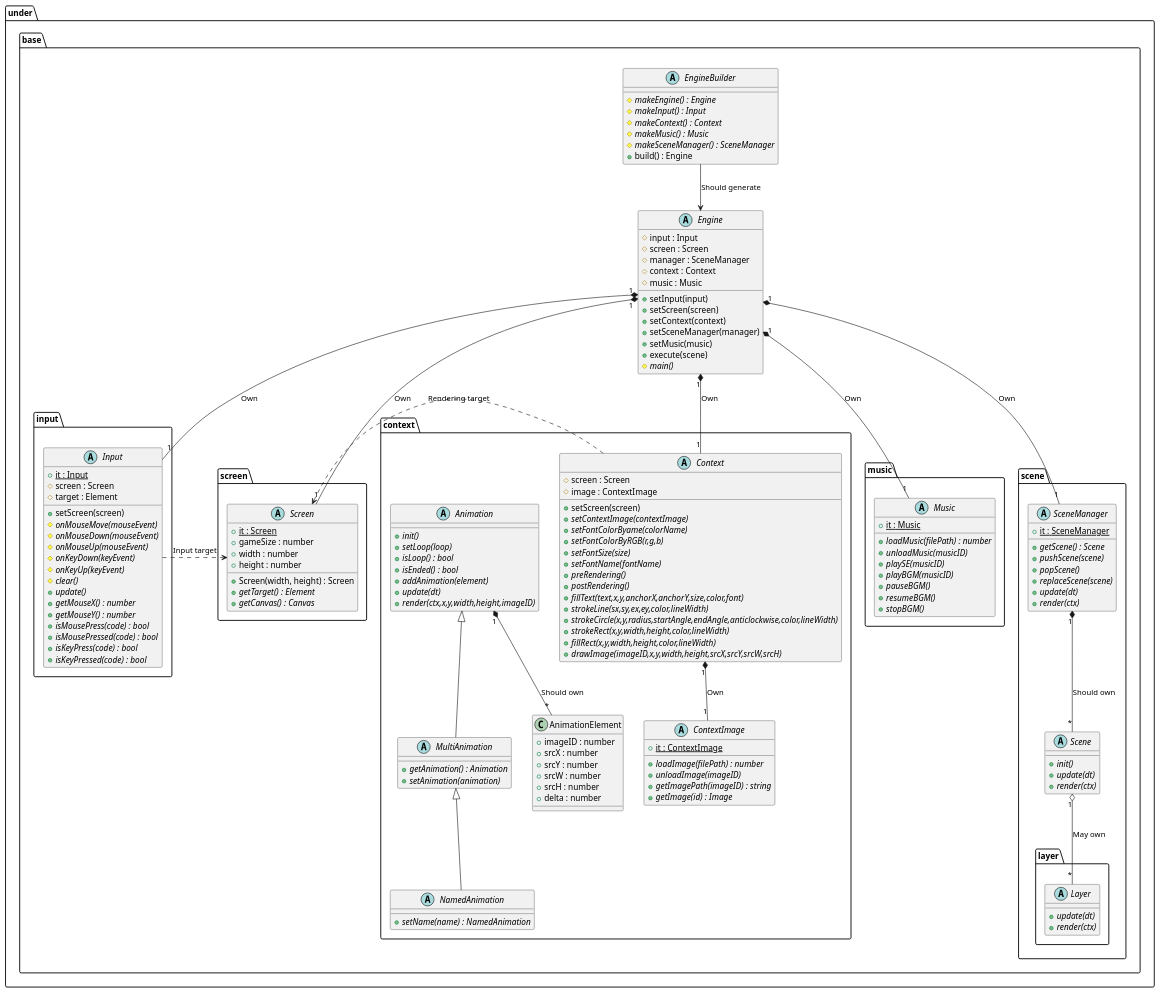
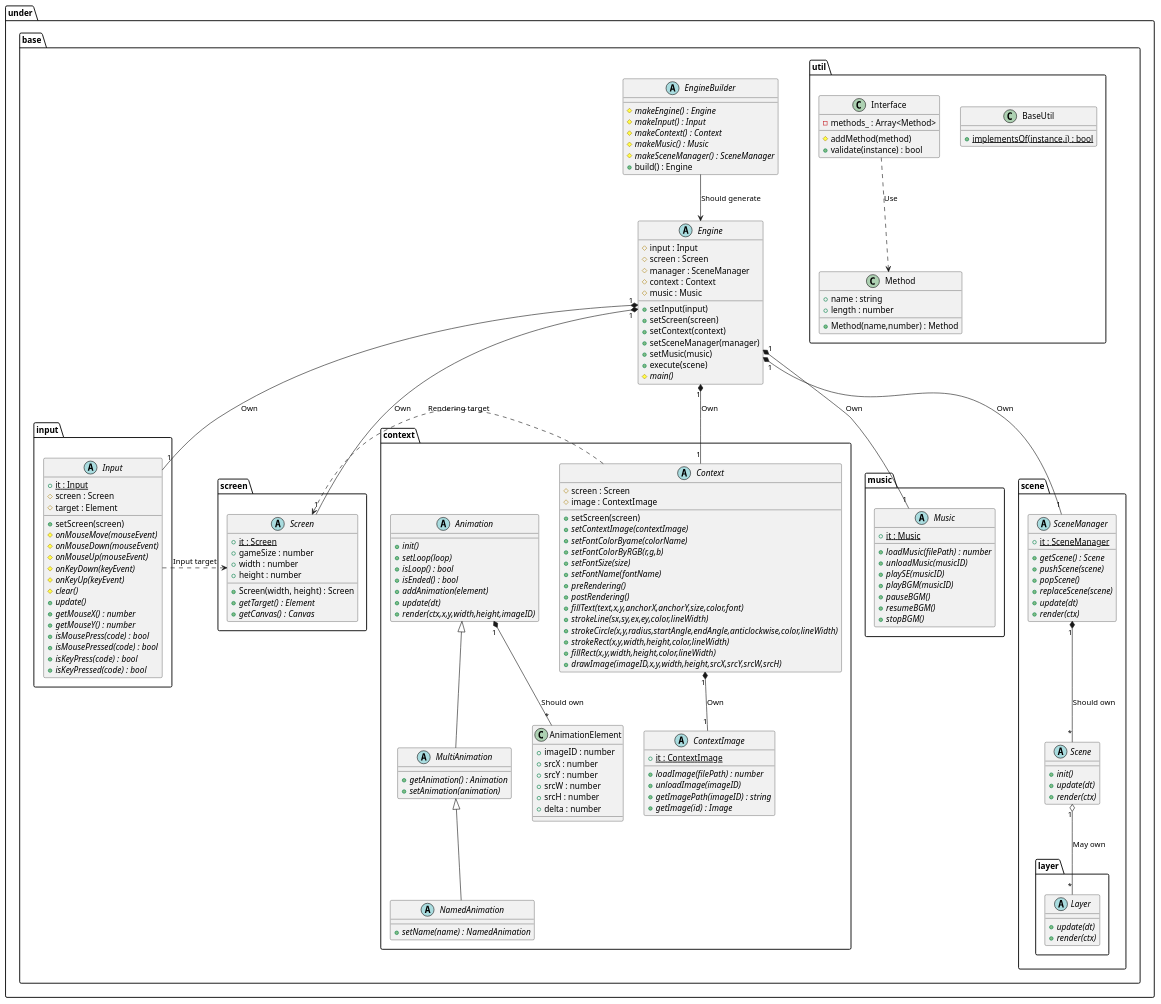
Before and after one commit to Expine/Under: the diagram in uml/gamebase/Base.wsd, drawn with PlantUML. The commit also changed 15 other files, not shown here.

```diff
--- a/uml/gamebase/Base.wsd
+++ b/uml/gamebase/Base.wsd
@@ -1,173 +1,191 @@
 @startuml GameBaseBase
 
 package under {
     package base {
         abstract EngineBuilder {
             {abstract} #makeEngine() : Engine
             {abstract} #makeInput() : Input
             {abstract} #makeContext() : Context
             {abstract} #makeMusic() : Music
             {abstract} #makeSceneManager() : SceneManager
             +build() : Engine
         }
         abstract Engine {
             #input : Input
             #screen : Screen
             #manager : SceneManager
             #context : Context
             #music : Music
             +setInput(input)
             +setScreen(screen)
             +setContext(context)
             +setSceneManager(manager)
             +setMusic(music)
             +execute(scene)
             {abstract} #main()
         }
 
         package input {
             abstract Input {
                 {static} +it : Input /' Singleton '/
                 #screen : Screen
                 #target : Element
                 +setScreen(screen)
                 {abstract} #onMouseMove(mouseEvent)
                 {abstract} #onMouseDown(mouseEvent)
                 {abstract} #onMouseUp(mouseEvent)
                 {abstract} #onKeyDown(keyEvent)
                 {abstract} #onKeyUp(keyEvent)
                 {abstract} #clear()
                 {abstract} +update()
                 {abstract} +getMouseX() : number
                 {abstract} +getMouseY() : number
                 {abstract} +isMousePress(code) : bool
                 {abstract} +isMousePressed(code) : bool
                 {abstract} +isKeyPress(code) : bool
                 {abstract} +isKeyPressed(code) : bool
             }
         }
 
         package screen {
             abstract Screen {
                 +Screen(width, height) : Screen
                 {static} +it : Screen /' Singleton '/
                 +gameSize : number
                 +width : number
                 +height : number
                 {abstract} +getTarget() : Element
                 {abstract} +getCanvas() : Canvas
             }
         }
 
         package music {
             abstract Music {
                 {static} +it : Music /' Singleton '/
                 {abstract} +loadMusic(filePath) : number
                 {abstract} +unloadMusic(musicID)
                 {abstract} +playSE(musicID)
                 {abstract} +playBGM(musicID)
                 {abstract} +pauseBGM()
                 {abstract} +resumeBGM()
                 {abstract} +stopBGM()
             }
         }
 
         package context {
             abstract Context {
                 #screen : Screen
                 #image : ContextImage
                 +setScreen(screen)
                 {abstract} +setContextImage(contextImage)
                 {abstract} +setFontColorByame(colorName)
                 {abstract} +setFontColorByRGB(r,g,b)
                 {abstract} +setFontSize(size)
                 {abstract} +setFontName(fontName)
                 {abstract} +preRendering()
                 {abstract} +postRendering()
                 {abstract} +fillText(text,x,y,anchorX,anchorY,size,color,font)
                 {abstract} +strokeLine(sx,sy,ex,ey,color,lineWidth)
                 {abstract} +strokeCircle(x,y,radius,startAngle,endAngle,anticlockwise,color,lineWidth)
                 {abstract} +strokeRect(x,y,width,height,color,lineWidth)
                 {abstract} +fillRect(x,y,width,height,color,lineWidth)
                 {abstract} +drawImage(imageID,x,y,width,height,srcX,srcY,srcW,srcH)
             }
             abstract ContextImage {
                 {static} +it : ContextImage /' Singleton '/
                 {abstract} +loadImage(filePath) : number
                 {abstract} +unloadImage(imageID)
                 {abstract} +getImagePath(imageID) : string
                 {abstract} +getImage(id) : Image
             }
 
             abstract Animation {
                 {abstract} +init()
                 {abstract} +setLoop(loop)
                 {abstract} +isLoop() : bool
                 {abstract} +isEnded() : bool
                 {abstract} +addAnimation(element)
                 {abstract} +update(dt)
                 {abstract} +render(ctx,x,y,width,height,imageID)
             }
             abstract MultiAnimation {
                 {abstract} +getAnimation() : Animation
                 {abstract} +setAnimation(animation)
             }
             abstract NamedAnimation {
                 {abstract} +setName(name) : NamedAnimation
             }
             class AnimationElement {
                 +imageID : number
                 +srcX : number
                 +srcY : number
                 +srcW : number
                 +srcH : number
                 +delta : number
             }
         }
 
         package scene {
             abstract SceneManager {
                 {static} +it : SceneManager /' Singleton '/
                 {abstract} +getScene() : Scene
                 {abstract} +pushScene(scene)
                 {abstract} +popScene()
                 {abstract} +replaceScene(scene)
                 {abstract} +update(dt)
                 {abstract} +render(ctx)
             }
             abstract Scene {
                 {abstract} +init()
                 {abstract} +update(dt)
                 {abstract} +render(ctx)
             }
 
             package layer {
                 abstract Layer {
                     {abstract} +update(dt)
                     {abstract} +render(ctx)
                 }
             }
         }
+
+        package util {
+            class BaseUtil {
+                {static} +implementsOf(instance,i) : bool
+            }
+            class Interface {
+                -methods_ : Array<Method>
+                #addMethod(method)
+                +validate(instance) : bool
+            }
+            class Method {
+                +Method(name,number) : Method
+                +name : string
+                +length : number
+            }
+        }
     }
 }
 
 EngineBuilder --> Engine : Should generate
 Engine "1"*-- "1" Screen : Own
 Engine "1"*-- "1" Input : Own
 Engine "1"*-- "1" SceneManager : Own
 Engine "1"*-- "1" Context : Own
 Engine "1"*-- "1" Music : Own
 
 Input .> Screen : Input target
 Context .> Screen : Rendering target
 
 SceneManager "1"*--"*" Scene : Should own
 Scene "1" o--"*" Layer : May own
 Context "1"*--"1" ContextImage : Own
 
 Animation "1"*--"*"AnimationElement : Should own
 
 Animation <|-- MultiAnimation
 MultiAnimation <|-- NamedAnimation
 
+Interface ..> Method : Use
+
 @enduml
```
